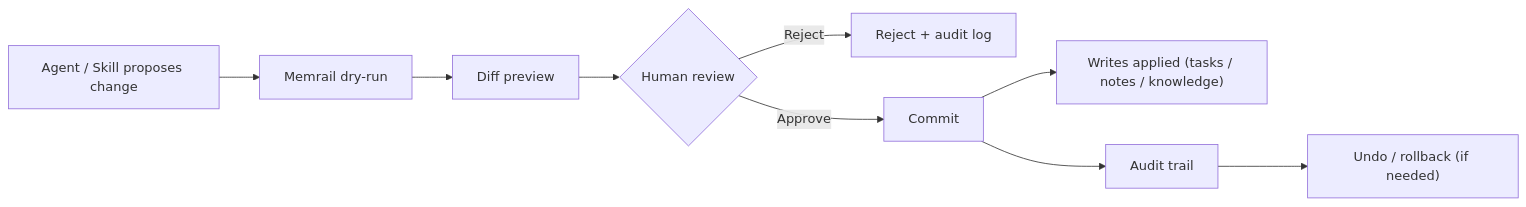
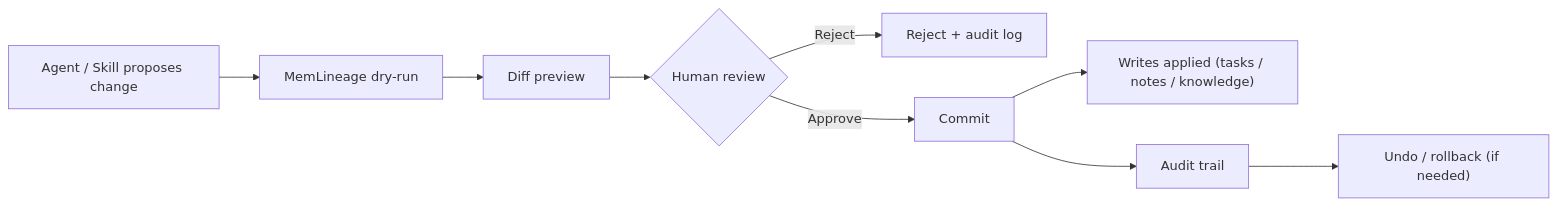
The diagram in README.md (zhuamber370/memrail), drawn with Mermaid before and after one commit. The commit also changed other lines of this file and 28 other files, not shown here.

Commit message:
chore: rename project branding to MemLineage

````diff
--- a/README.md
+++ b/README.md
@@ -59,11 +59,11 @@
 ```mermaid
 flowchart LR
-A["Agent / Skill proposes change"] --> B["Memrail dry-run"]
+A["Agent / Skill proposes change"] --> B["MemLineage dry-run"]
 B --> C["Diff preview"]
 C --> D{"Human review"}
 D -- Reject --> E["Reject + audit log"]
 D -- Approve --> F["Commit"]
 F --> G["Writes applied (tasks / notes / knowledge)"]
 F --> H["Audit trail"]
 H --> I["Undo / rollback (if needed)"]
 ```
````
